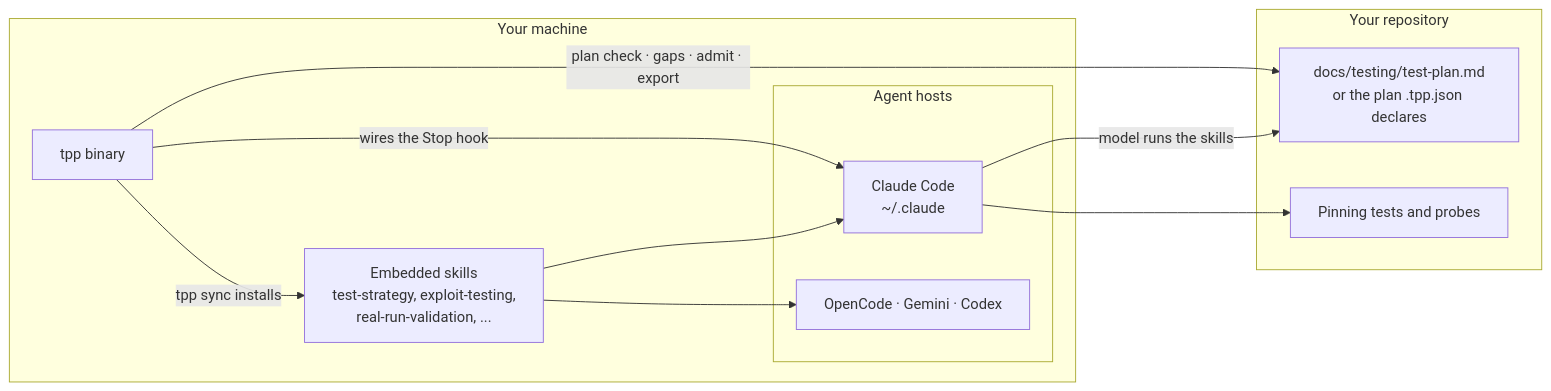
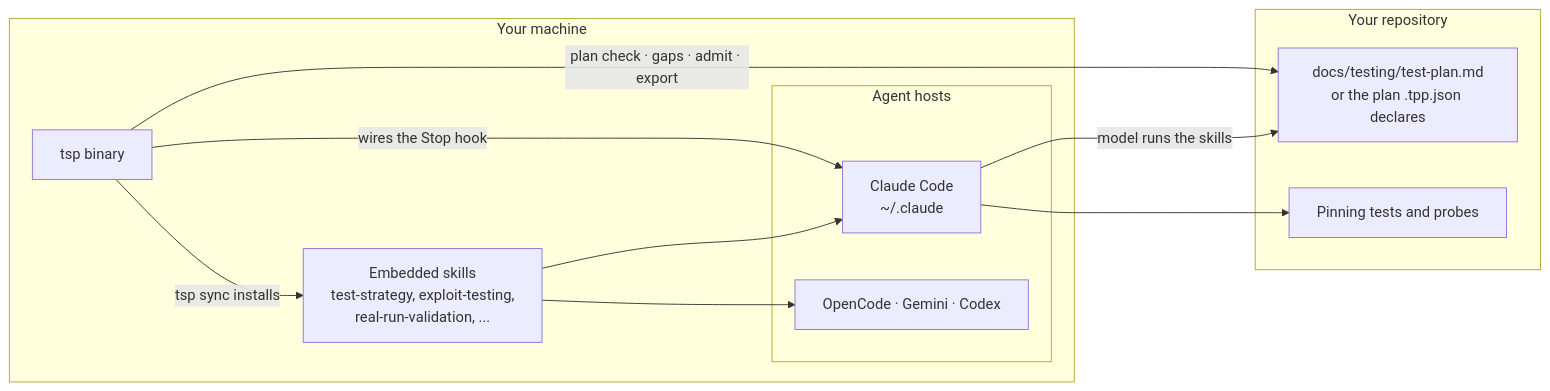
The first of 4 diagrams in README.md (alesierraalta/tpp), drawn with Mermaid before and after one commit. The commit also changed other lines of this file and 4 other files, not shown here.

Commit message:
docs(tsp): align current guidance and preserve TPP bridge requirements

````diff
--- a/README.md
+++ b/README.md
@@ -21,22 +21,22 @@
 ```mermaid
 flowchart LR
     subgraph machine[Your machine]
-        tpp[tpp binary]
+        tsp[tsp binary]
         subgraph hosts[Agent hosts]
             claude[Claude Code<br/>~/.claude]
             others[OpenCode · Gemini · Codex]
         end
         skills[Embedded skills<br/>test-strategy, exploit-testing,<br/>real-run-validation, ...]
     end
     subgraph repo[Your repository]
         plan[docs/testing/test-plan.md<br/>or the plan .tpp.json declares]
         tests[Pinning tests and probes]
     end
-    tpp -- "tpp sync installs" --> skills
+    tsp -- "tsp sync installs" --> skills
     skills --> claude
     skills --> others
-    tpp -- "wires the Stop hook" --> claude
+    tsp -- "wires the Stop hook" --> claude
     claude -- "model runs the skills" --> plan
     claude --> tests
-    tpp -- "plan check · gaps · admit · export" --> plan
+    tsp -- "plan check · gaps · admit · export" --> plan
 ```
````
